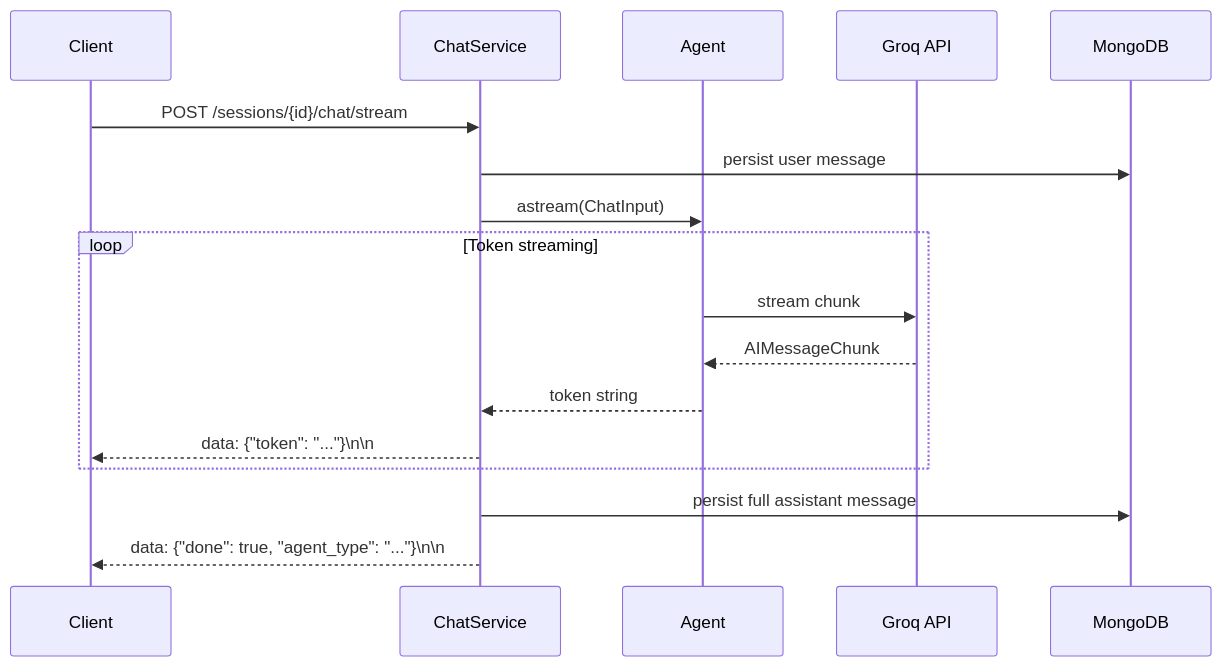
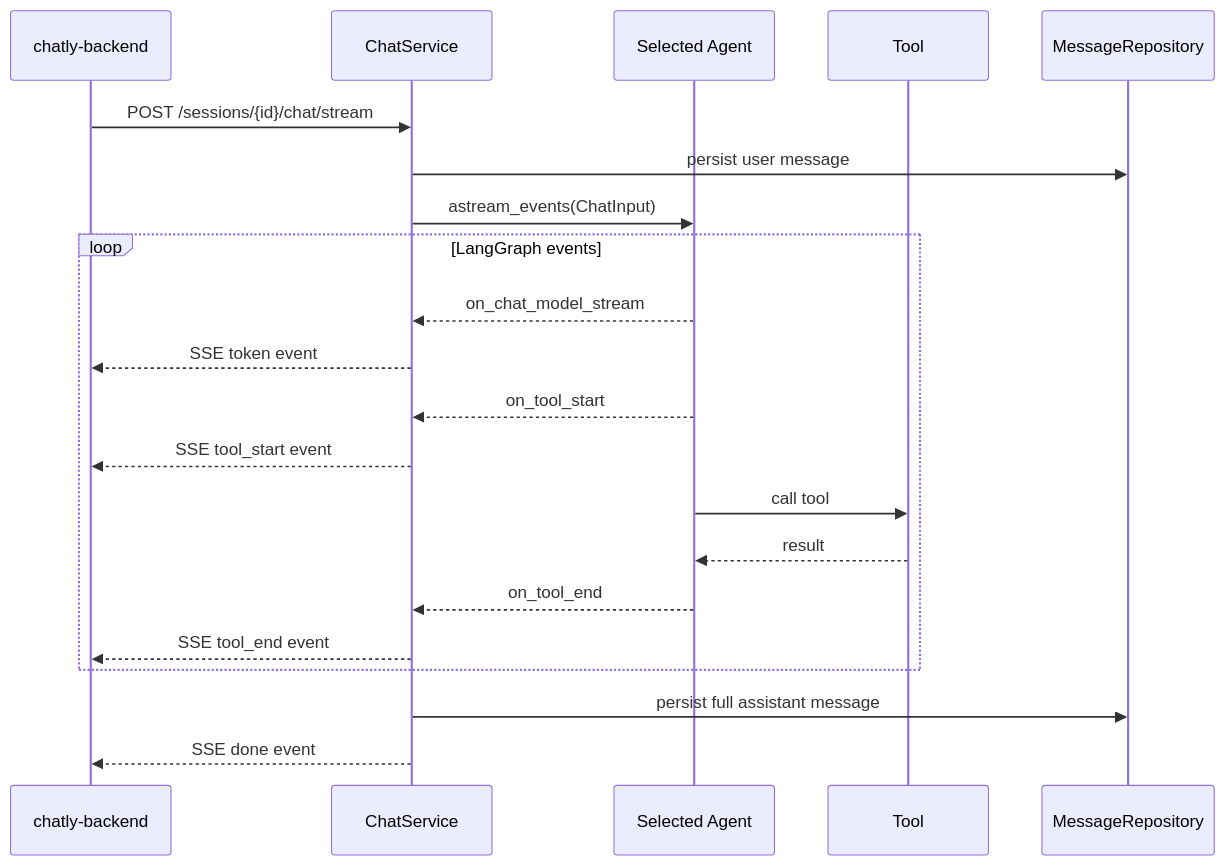
The fourth of 12 diagrams in chatly-agent/ARCHITECTURE.md (giasinguyen/chatly-messaging-platform), drawn with Mermaid before and after one commit. The commit also changed other lines of this file and 2 other files, not shown here.

First line of the commit message:
refactor: update README.md to reflect new Chatly Agent features and architecture

````diff
--- a/chatly-agent/ARCHITECTURE.md
+++ b/chatly-agent/ARCHITECTURE.md
@@ -163,20 +169,24 @@
 ```mermaid
 sequenceDiagram
-    participant C as Client
+    participant B as chatly-backend
     participant CS as ChatService
-    participant A as Agent
-    participant LLM as Groq API
-    participant DB as MongoDB
+    participant A as Selected Agent
+    participant Tool as Tool
+    participant MR as MessageRepository
 
-    C->>CS: POST /sessions/{id}/chat/stream
-    CS->>DB: persist user message
-    CS->>A: astream(ChatInput)
-    loop Token streaming
-        A->>LLM: stream chunk
-        LLM-->>A: AIMessageChunk
-        A-->>CS: token string
-        CS-->>C: data: {"token": "..."}\n\n
+    B->>CS: POST /sessions/{id}/chat/stream
+    CS->>MR: persist user message
+    CS->>A: astream_events(ChatInput)
+    loop LangGraph events
+        A-->>CS: on_chat_model_stream
+        CS-->>B: SSE token event
+        A-->>CS: on_tool_start
+        CS-->>B: SSE tool_start event
+        A->>Tool: call tool
+        Tool-->>A: result
+        A-->>CS: on_tool_end
+        CS-->>B: SSE tool_end event
     end
-    CS->>DB: persist full assistant message
-    CS-->>C: data: {"done": true, "agent_type": "..."}\n\n
+    CS->>MR: persist full assistant message
+    CS-->>B: SSE done event
 ```
````
